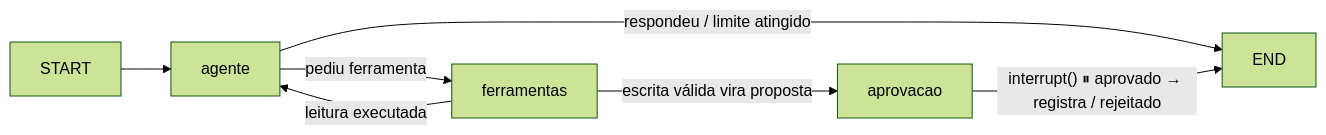
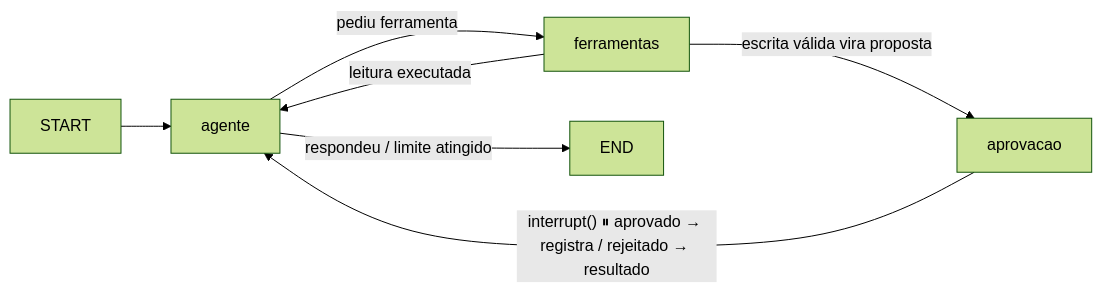
One commit to junior10soares/aurora-assistente changed the diagram in README.md. Above: the diagram before and after it, drawn with Mermaid (forest theme). The commit also changed other lines of this file and 5 other files, not shown here.

````diff
--- a/README.md
+++ b/README.md
@@ -182,9 +185,9 @@
 ```mermaid
 flowchart LR
   START --> agente
   agente -- pediu ferramenta --> ferramentas
   agente -- respondeu / limite atingido --> END
   ferramentas -- leitura executada --> agente
   ferramentas -- escrita válida vira proposta --> aprovacao
-  aprovacao -- "interrupt() ⏸ aprovado → registra / rejeitado" --> END
+  aprovacao -- "interrupt() ⏸ aprovado → registra / rejeitado → resultado" --> agente
 ```
````
